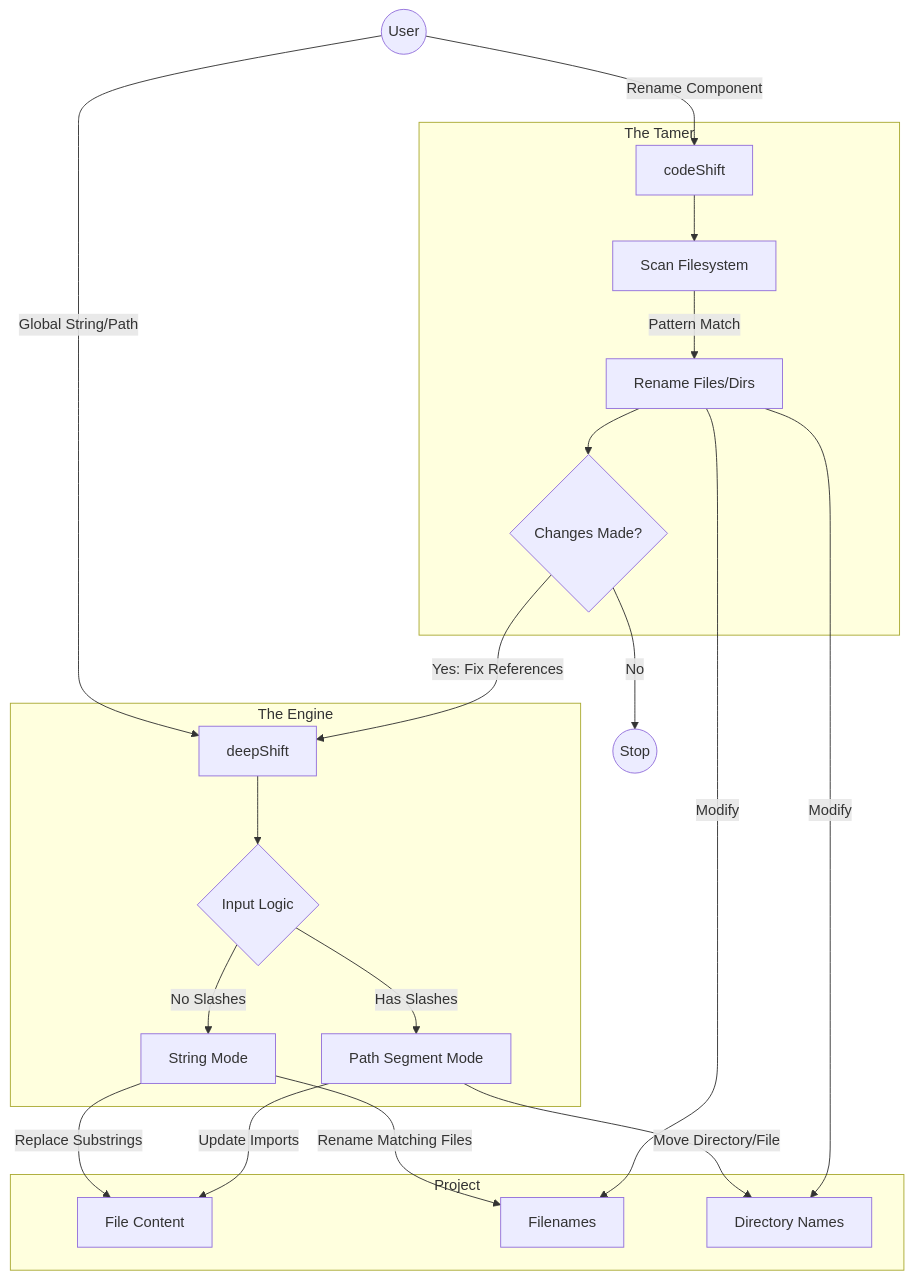
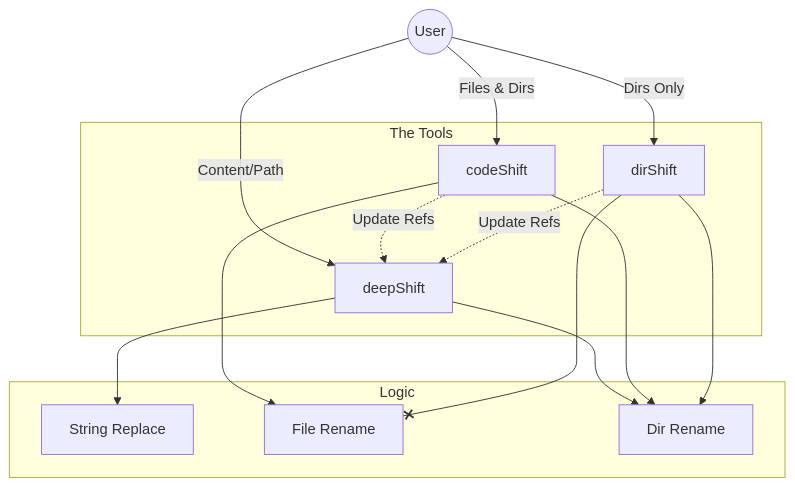
Before and after one commit to 311ecode/deepShift: the diagram in README.md, drawn with Mermaid. The commit also changed other lines of this file and 5 other files, not shown here.

First line of the commit message:
Add dirShift utility for directory-only architectural refactoring

````diff
--- a/README.md
+++ b/README.md
@@ -87,49 +48,31 @@
 ```mermaid
 graph TD
     User((User))
     
-    subgraph "The Engine"
+    subgraph "The Tools"
         DS[deepShift]
-        Logic{Input Logic}
-        StringMode[String Mode]
-        PathMode[Path Segment Mode]
-    end
-    
-    subgraph "The Tamer"
         CS[codeShift]
-        Scan[Scan Filesystem]
-        Rename[Rename Files/Dirs]
-        Check{Changes Made?}
+        DirS[dirShift]
     end
 
-    subgraph Project
-        Txt[File Content]
-        Files[Filenames]
-        Dirs[Directory Names]
+    subgraph "Logic"
+        Str[String Replace]
+        FileRen[File Rename]
+        DirRen[Dir Rename]
     end
 
-    %% deepShift Path (Direct)
-    User -->|Global String/Path| DS
-    DS --> Logic
+    User -->|Content/Path| DS
+    User -->|Files & Dirs| CS
+    User -->|Dirs Only| DirS
+
+    DS --> Str
+    DS --> DirRen
     
-    Logic -- "No Slashes" --> StringMode
-    Logic -- "Has Slashes" --> PathMode
+    CS --> FileRen
+    CS --> DirRen
+    CS -.->|Update Refs| DS
     
-    StringMode -- "Replace Substrings" --> Txt
-    StringMode -- "Rename Matching Files" --> Files
-    
-    PathMode -- "Move Directory/File" --> Dirs
-    PathMode -- "Update Imports" --> Txt
-
-    %% codeShift Path (Targeted)
-    User -->|Rename Component| CS
-    CS --> Scan
-    Scan -- "Pattern Match" --> Rename
-    Rename -- "Modify" --> Files
-    Rename -- "Modify" --> Dirs
-    Rename --> Check
-    
-    %% The Handoff
-    Check -- Yes: Fix References --> DS
-    Check -- No --> Stop((Stop))
+    DirS --> DirRen
+    DirS --x FileRen
+    DirS -.->|Update Refs| DS
 ```
````
